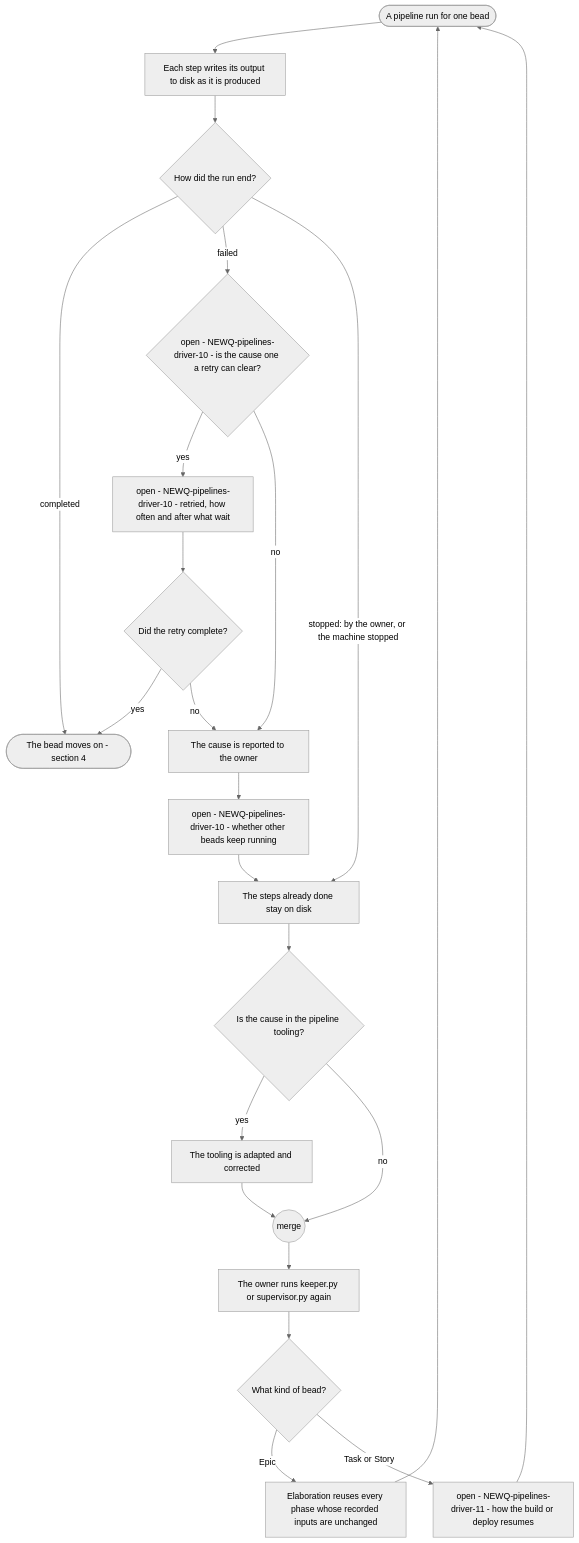
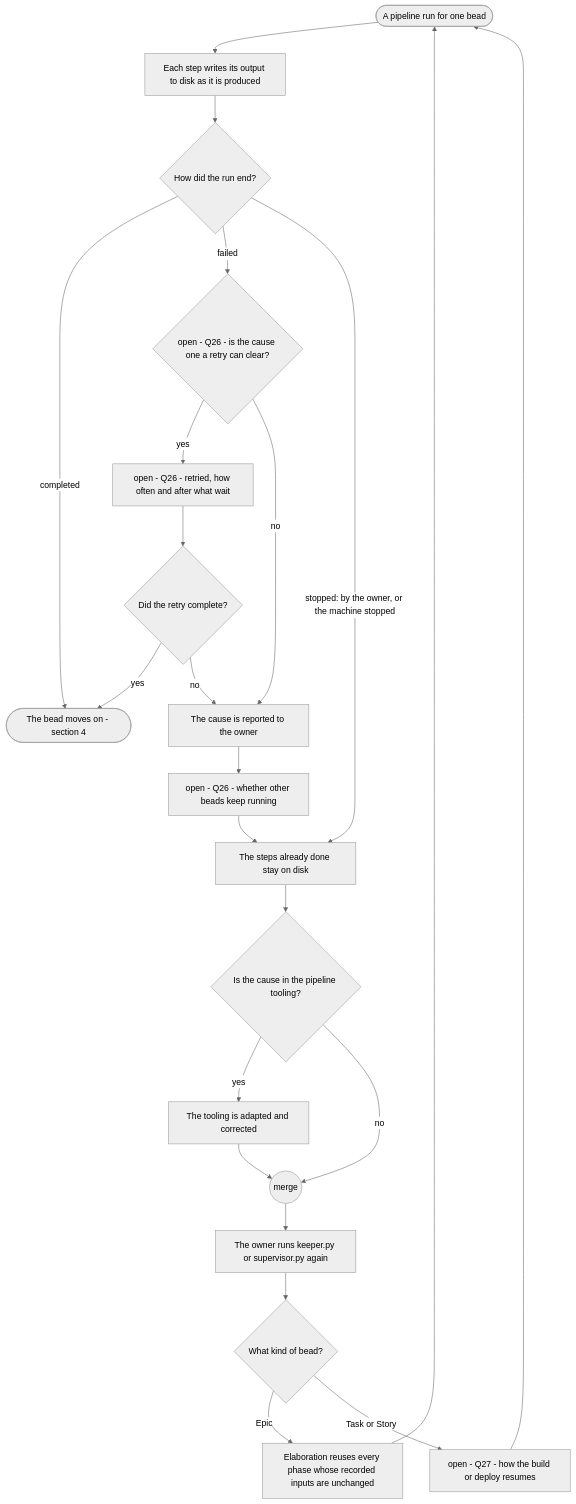
The seventh of 8 diagrams in plugins/agent-teams-workforce/blueprint/design/pipelines-driver.md (mark-satterfield/toolset), drawn with Mermaid (neutral theme) before and after one commit. The commit also changed other lines of this file and 7 other files, not shown here.

First line of the commit message:
docs(blueprint): show PRD, build, deploy and driver pipelines only as the owner wants them

````diff
--- a/plugins/agent-teams-workforce/blueprint/design/pipelines-driver.md
+++ b/plugins/agent-teams-workforce/blueprint/design/pipelines-driver.md
@@ -292,25 +292,25 @@
 ```mermaid
 flowchart TD
     s(["A pipeline run for one bead"]) --> work["Each step writes its output to disk as it is produced"]
     work --> res{"How did the run end?"}
     res -->|"completed"| done(["The bead moves on - section 4"])
-    res -->|"failed"| kindF{"open - NEWQ-pipelines-driver-10 - is the cause one a retry can clear?"}
+    res -->|"failed"| kindF{"open - Q26 - is the cause one a retry can clear?"}
     res -->|"stopped: by the owner, or the machine stopped"| kept
-    kindF -->|"yes"| retry["open - NEWQ-pipelines-driver-10 - retried, how often and after what wait"]
+    kindF -->|"yes"| retry["open - Q26 - retried, how often and after what wait"]
     kindF -->|"no"| report["The cause is reported to the owner"]
     retry --> again{"Did the retry complete?"}
     again -->|"yes"| done
     again -->|"no"| report
-    report --> others["open - NEWQ-pipelines-driver-10 - whether other beads keep running"]
+    report --> others["open - Q26 - whether other beads keep running"]
     others --> kept["The steps already done stay on disk"]
     kept --> fixT{"Is the cause in the pipeline tooling?"}
     fixT -->|"yes"| adapt["The tooling is adapted and corrected"]
     fixT -->|"no"| m(("merge"))
     adapt --> m
     m --> owner["The owner runs keeper.py or supervisor.py again"]
     owner --> resume{"What kind of bead?"}
     resume -->|"Epic"| reuseE["Elaboration reuses every phase whose recorded inputs are unchanged"]
-    resume -->|"Task or Story"| reuseTS["open - NEWQ-pipelines-driver-11 - how the build or deploy resumes"]
+    resume -->|"Task or Story"| reuseTS["open - Q27 - how the build or deploy resumes"]
     reuseE --> s
     reuseTS --> s
 ```
````
